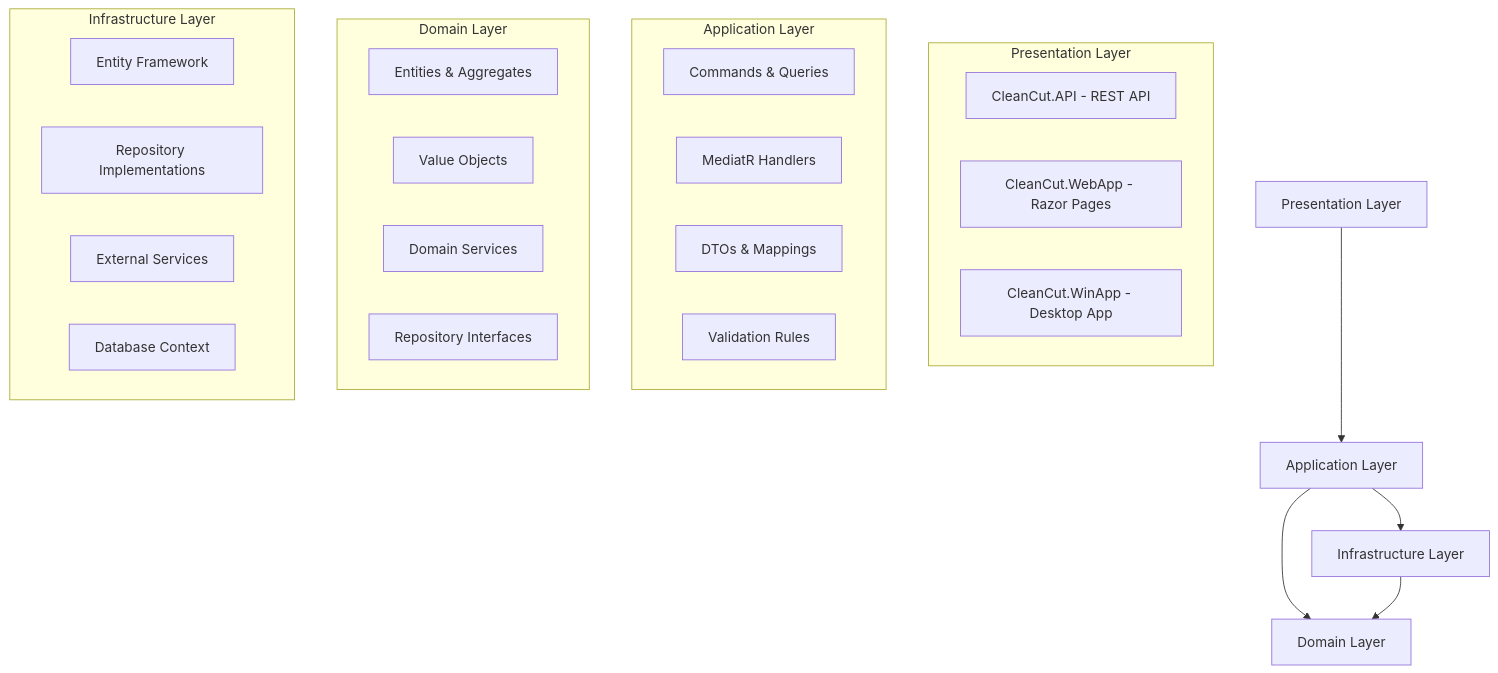
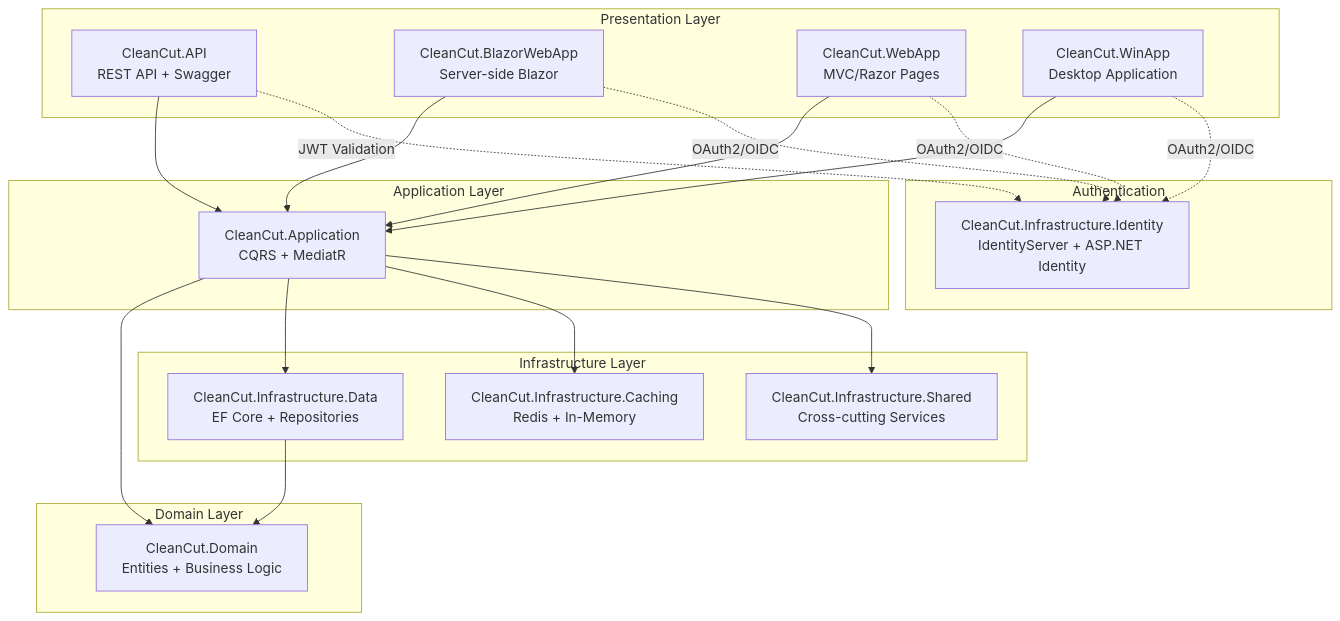
Before and after one commit to markyoxall/Cleancut: the second of 2 diagrams in README.md, drawn with Mermaid. The commit also changed other lines of this file and 18 other files, not shown here.

````diff
--- a/README.md
+++ b/README.md
@@ -57,34 +88,44 @@
 ```mermaid
 graph TD
-    A[Presentation Layer] --> B[Application Layer]
-    B --> C[Domain Layer]
-    B --> D[Infrastructure Layer]
-    D --> C
-    
     subgraph "Presentation Layer"
-        A1[CleanCut.API - REST API]
-        A2[CleanCut.WebApp - Razor Pages]
-        A3[CleanCut.WinApp - Desktop App]
+        API[CleanCut.API<br/>REST API + Swagger]
+        BLAZOR[CleanCut.BlazorWebApp<br/>Server-side Blazor]
+        MVC[CleanCut.WebApp<br/>MVC/Razor Pages]
+        WIN[CleanCut.WinApp<br/>Desktop Application]
     end
     
+    subgraph "Authentication"
+IDENTITY[CleanCut.Infrastructure.Identity<br/>IdentityServer + ASP.NET Identity]
+end
+    
     subgraph "Application Layer"
-        B1[Commands & Queries]
-        B2[MediatR Handlers]
-        B3[DTOs & Mappings]
-        B4[Validation Rules]
+APP[CleanCut.Application<br/>CQRS + MediatR]
     end
     
     subgraph "Domain Layer"
-        C1[Entities & Aggregates]
-        C2[Value Objects]
-        C3[Domain Services]
-        C4[Repository Interfaces]
+        DOMAIN[CleanCut.Domain<br/>Entities + Business Logic]
     end
     
     subgraph "Infrastructure Layer"
-        D1[Entity Framework]
-        D2[Repository Implementations]
-        D3[External Services]
-        D4[Database Context]
+        DATA[CleanCut.Infrastructure.Data<br/>EF Core + Repositories]
+        CACHE[CleanCut.Infrastructure.Caching<br/>Redis + In-Memory]
+ SHARED[CleanCut.Infrastructure.Shared<br/>Cross-cutting Services]
     end
+    
+    API --> APP
+    BLAZOR --> APP
+    MVC --> APP
+    WIN --> APP
+    
+    BLAZOR -.->|OAuth2/OIDC| IDENTITY
+    MVC -.->|OAuth2/OIDC| IDENTITY
+    WIN -.->|OAuth2/OIDC| IDENTITY
+ API -.->|JWT Validation| IDENTITY
+    
+    APP --> DOMAIN
+    APP --> DATA
+    APP --> CACHE
+    APP --> SHARED
+    
+    DATA --> DOMAIN
 ```
````
